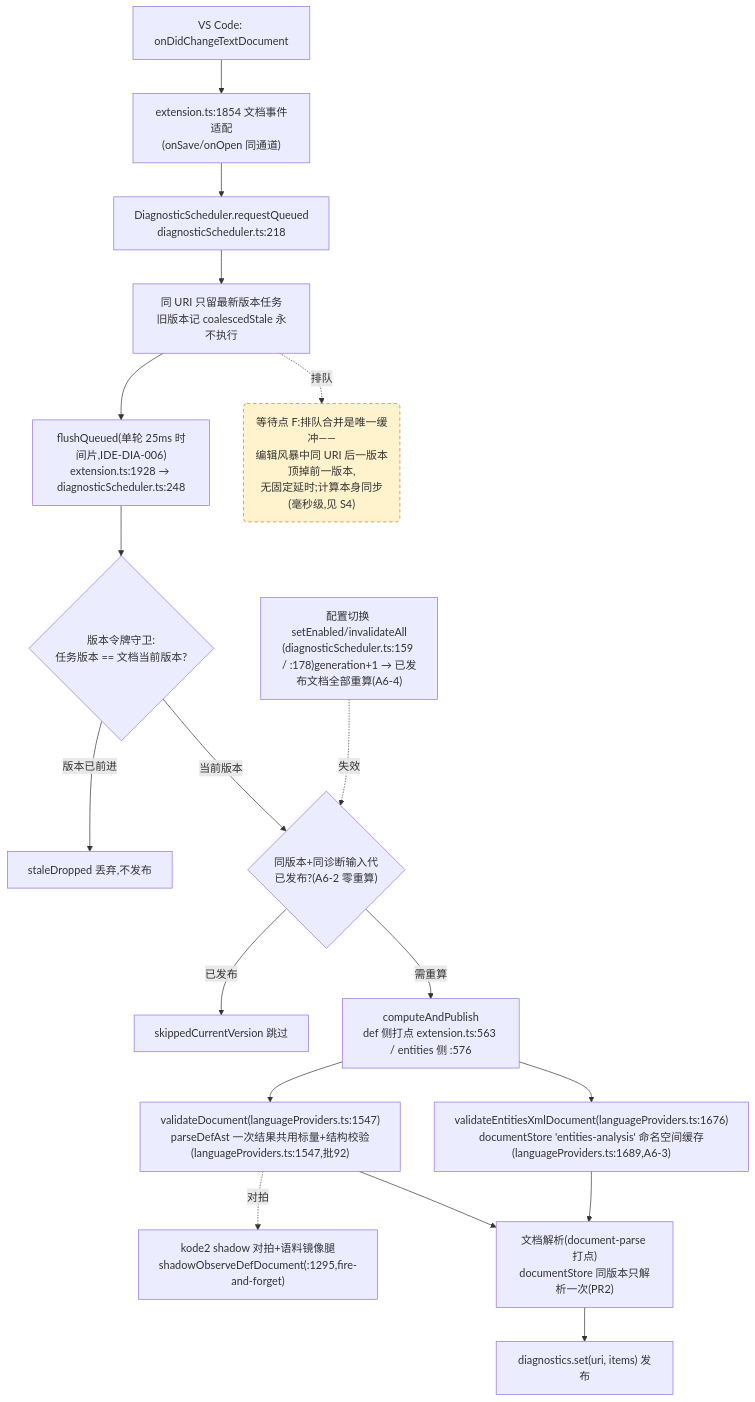
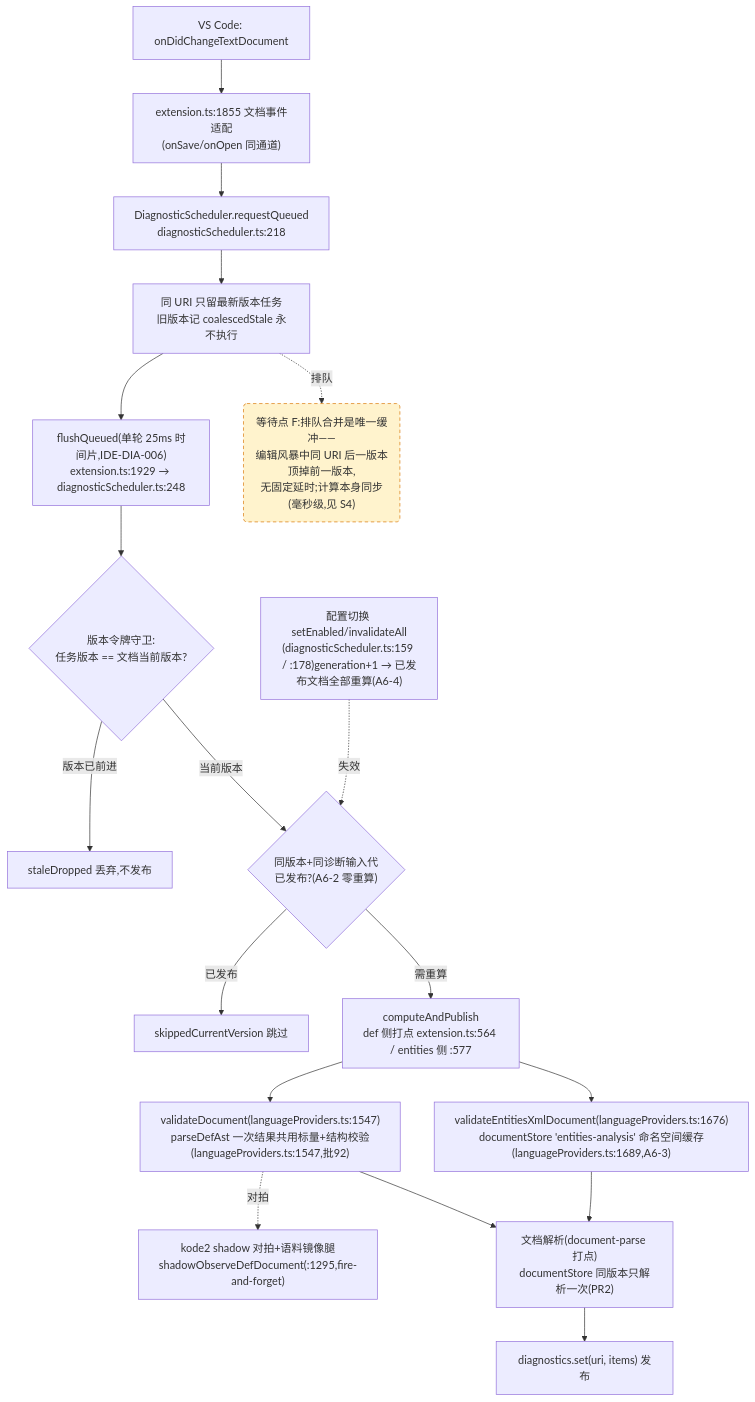
Before and after one commit to cuihairu/kode: the fourth of 4 diagrams in docs/perf/2026-baseline.md, drawn with Mermaid. The commit also changed other lines of this file and 17 other files, not shown here.

````diff
--- a/docs/perf/2026-baseline.md
+++ b/docs/perf/2026-baseline.md
@@ -214,38 +214,38 @@
 ```mermaid
 flowchart TD
   CHG["VS Code: onDidChangeTextDocument"]
-  WATCH["extension.ts:1854 文档事件适配<br/>(onSave/onOpen 同通道)"]
+  WATCH["extension.ts:1855 文档事件适配<br/>(onSave/onOpen 同通道)"]
   RQ["DiagnosticScheduler.requestQueued<br/>diagnosticScheduler.ts:218"]
   CO["同 URI 只留最新版本任务<br/>旧版本记 coalescedStale 永不执行"]
-  FL["flushQueued(单轮 25ms 时间片,IDE-DIA-006)<br/>extension.ts:1928 → diagnosticScheduler.ts:248"]
+  FL["flushQueued(单轮 25ms 时间片,IDE-DIA-006)<br/>extension.ts:1929 → diagnosticScheduler.ts:248"]
   VG{"版本令牌守卫:<br/>任务版本 == 文档当前版本?"}
   DROP["staleDropped 丢弃,不发布"]
   GEN{"同版本+同诊断输入代<br/>已发布?(A6-2 零重算)"}
   SKIP["skippedCurrentVersion 跳过"]
-  CALC["computeAndPublish<br/>def 侧打点 extension.ts:563 / entities 侧 :576"]
+  CALC["computeAndPublish<br/>def 侧打点 extension.ts:564 / entities 侧 :577"]
   VD["validateDocument(languageProviders.ts:1547)<br/>parseDefAst 一次结果共用标量+结构校验(languageProviders.ts:1547,批92)"]
   VEX["validateEntitiesXmlDocument(languageProviders.ts:1676)<br/>documentStore 'entities-analysis' 命名空间缓存(languageProviders.ts:1689,A6-3)"]
   SHDD["kode2 shadow 对拍+语料镜像腿<br/>shadowObserveDefDocument(:1295,fire-and-forget)"]
   DS["文档解析(document-parse 打点)<br/>documentStore 同版本只解析一次(PR2)"]
   PUB["diagnostics.set(uri, items) 发布"]
   CFG2["配置切换 setEnabled/invalidateAll<br/>(diagnosticScheduler.ts:159 / :178)generation+1 → 已发布文档全部重算(A6-4)"]
 
   CHG --> WATCH --> RQ --> CO --> FL --> VG
   VG -- "版本已前进" --> DROP
   VG -- "当前版本" --> GEN
   GEN -- "已发布" --> SKIP
   GEN -- "需重算" --> CALC
   CALC --> VD
   CALC --> VEX
   VD --> DS
   VEX --> DS
   DS --> PUB
   VD -.->|对拍| SHDD
   CFG2 -.->|失效| GEN
 
   WAITF("等待点 F:排队合并是唯一缓冲——<br/>编辑风暴中同 URI 后一版本顶掉前一版本,<br/>无固定延时;计算本身同步(毫秒级,见 S4)")
   CO -.->|排队| WAITF
 
   classDef waitPoint fill:#fff3cd,stroke:#d97706,stroke-dasharray:5 4;
   class WAITF waitPoint;
 ```
````
